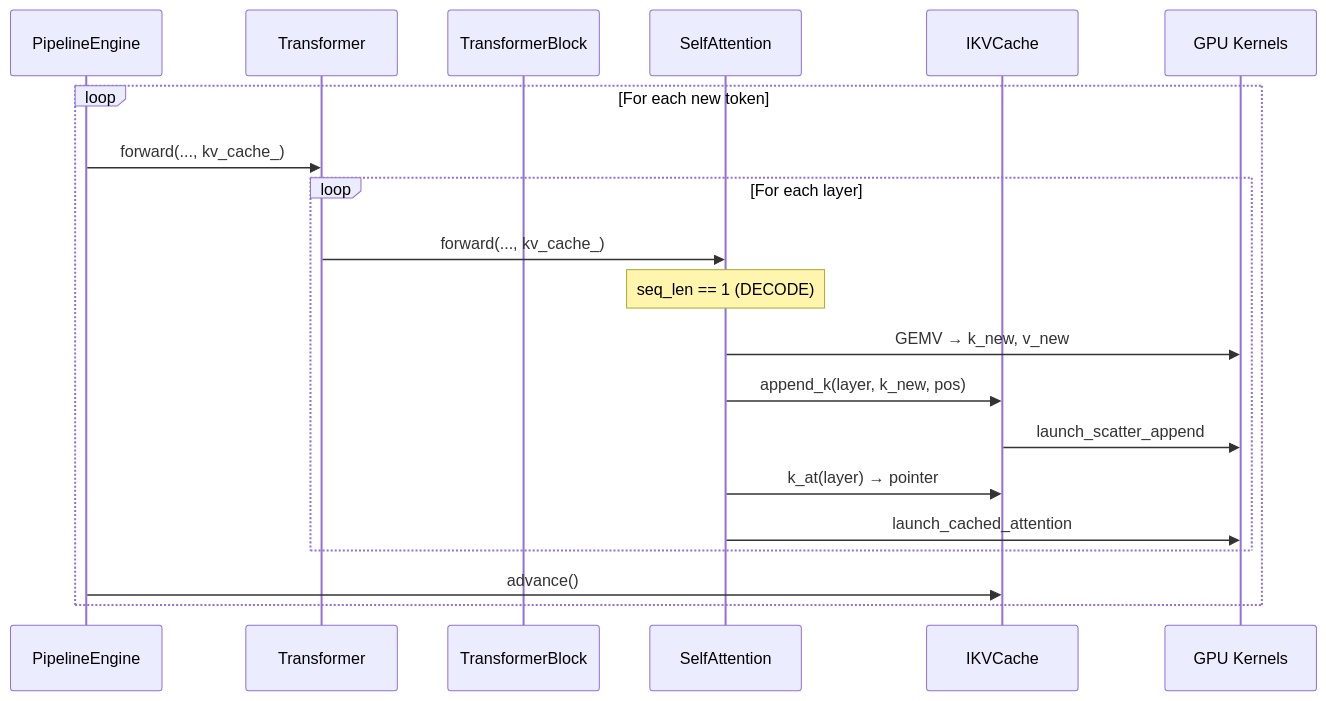
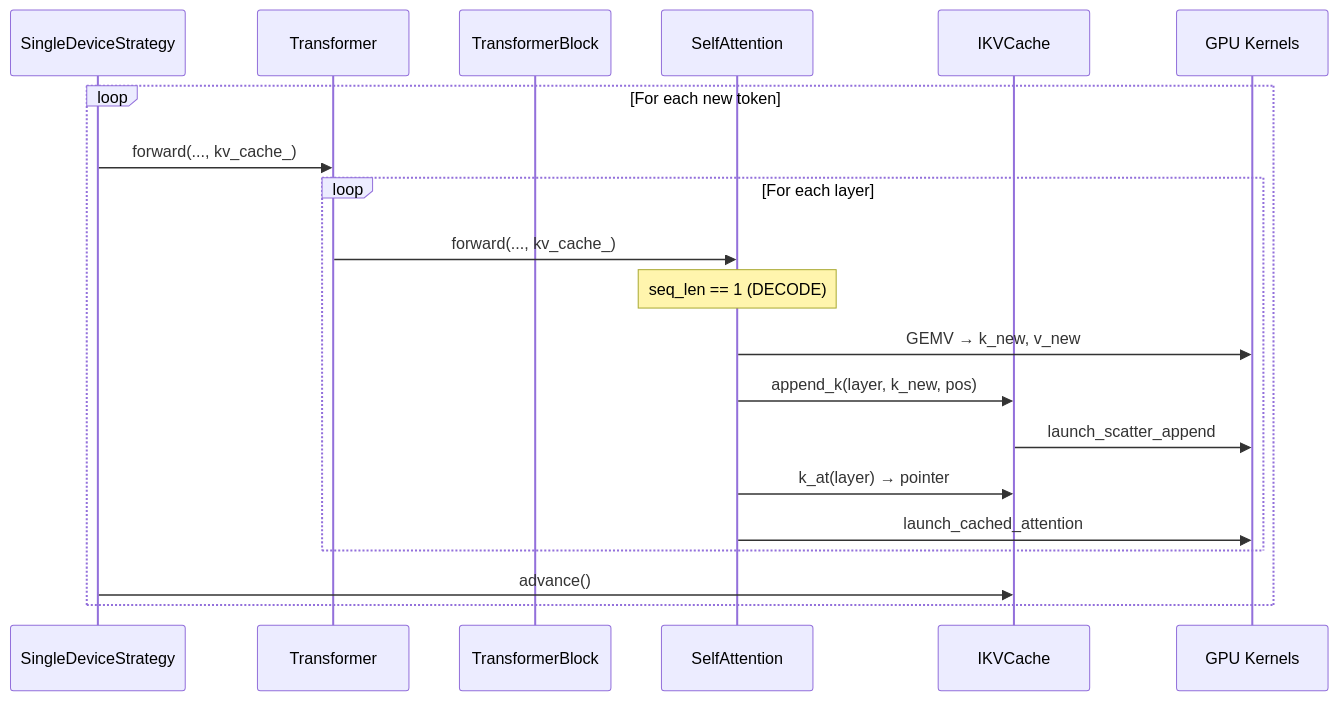
The third of 3 diagrams in docs/kv_cache_design.md (Nia-bald/high-performance-inference), drawn with Mermaid before and after one commit. The commit also changed other lines of this file and 11 other files, not shown here.

Commit message:
refactor rename updated pipeline engine to single device strategy

````diff
--- a/docs/kv_cache_design.md
+++ b/docs/kv_cache_design.md
@@ -285,23 +285,23 @@
 ```mermaid
 sequenceDiagram
-    participant PE as PipelineEngine
+    participant PE as SingleDeviceStrategy
     participant T as Transformer
     participant TB as TransformerBlock
     participant SA as SelfAttention
     participant KV as IKVCache
     participant GPU as GPU Kernels
 
     loop For each new token
         PE->>T: forward(..., kv_cache_)
         loop For each layer
             T->>SA: forward(..., kv_cache_)
             Note over SA: seq_len == 1 (DECODE)
             SA->>GPU: GEMV → k_new, v_new
             SA->>KV: append_k(layer, k_new, pos)
             KV->>GPU: launch_scatter_append
             SA->>KV: k_at(layer) → pointer
             SA->>GPU: launch_cached_attention
         end
         PE->>KV: advance()
     end
 ```
````
